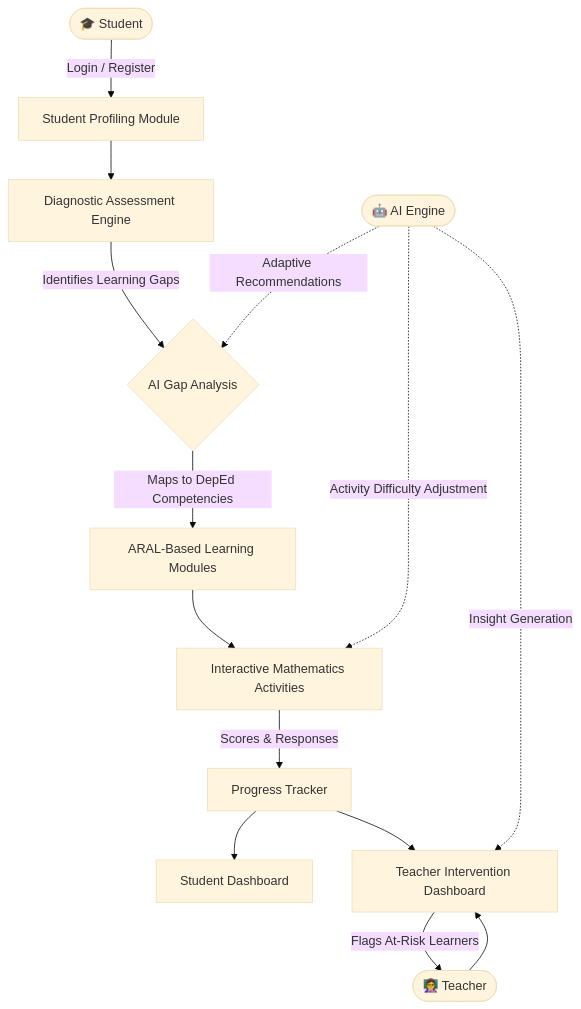
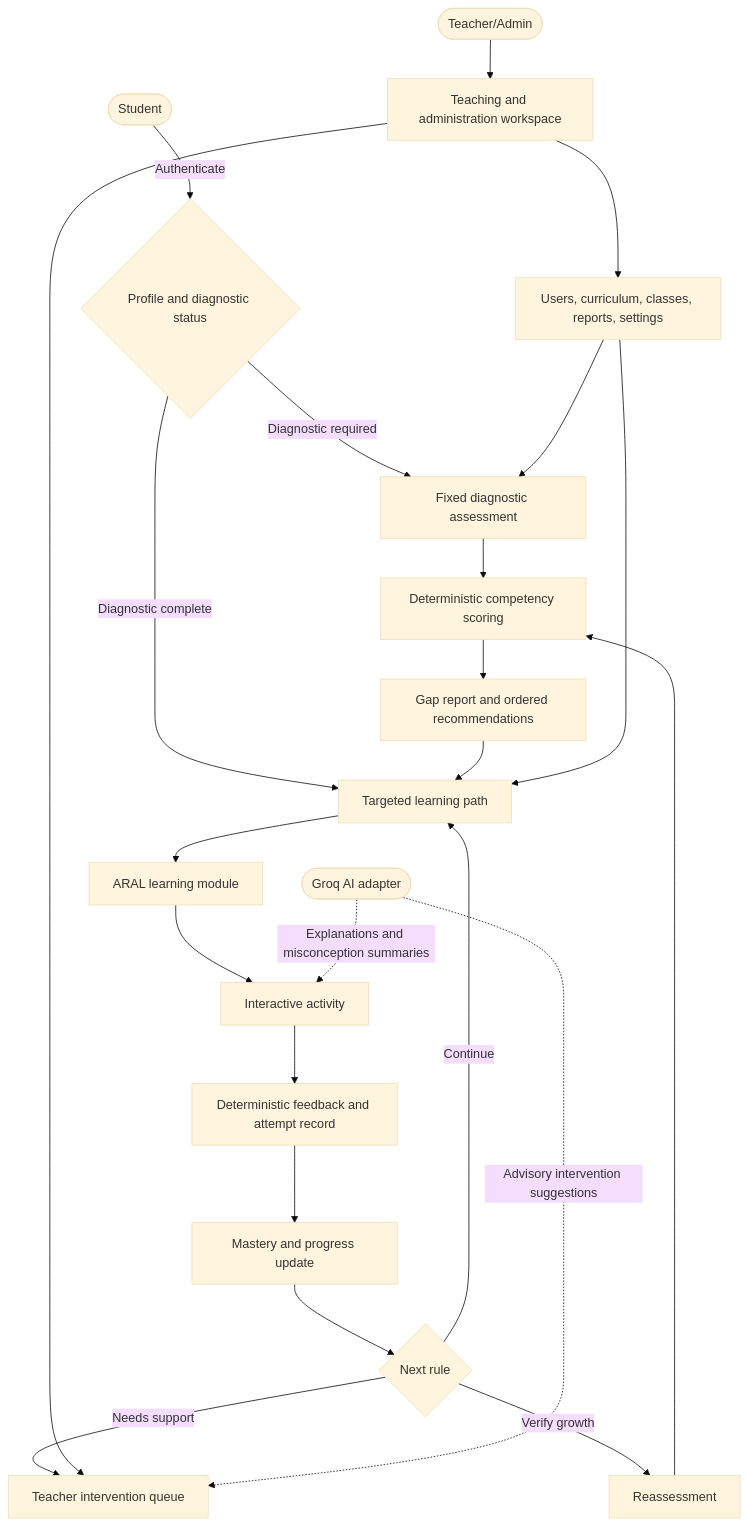
Before and after one commit to MathSmart-Systems/MathSmart-AI-Powered-Interactice-Learning-System: the seventh of 11 diagrams in docs/SOURCE_OF_TRUTH.md, drawn with Mermaid (base theme). The commit also changed other lines of this file and 108 other files, not shown here.

````diff
--- a/docs/SOURCE_OF_TRUTH.md
+++ b/docs/SOURCE_OF_TRUTH.md
@@ -381,16 +456,25 @@
 ```mermaid
 flowchart TD
-    A([🎓 Student]) -->|Login / Register| B[Student Profiling Module]
-    B --> C[Diagnostic Assessment Engine]
-    C -->|Identifies Learning Gaps| D{AI Gap Analysis}
-    D -->|Maps to DepEd Competencies| E[ARAL-Based Learning Modules]
-    E --> F[Interactive Mathematics Activities]
-    F -->|Scores & Responses| G[Progress Tracker]
-    G --> H[Student Dashboard]
-    G --> I[Teacher Intervention Dashboard]
-    J([👩‍🏫 Teacher]) --> I
-    I -->|Flags At-Risk Learners| J
-    K([🤖 AI Engine]) -.->|Adaptive Recommendations| D
-    K -.->|Activity Difficulty Adjustment| F
-    K -.->|Insight Generation| I
+    A([Student]) -->|Authenticate| B{Profile and diagnostic status}
+    B -->|Diagnostic required| C[Fixed diagnostic assessment]
+    B -->|Diagnostic complete| F[Targeted learning path]
+    C --> D[Deterministic competency scoring]
+    D --> E[Gap report and ordered recommendations]
+    E --> F
+    F --> G[ARAL learning module]
+    G --> H[Interactive activity]
+    H --> I[Deterministic feedback and attempt record]
+    I --> J[Mastery and progress update]
+    J --> K{Next rule}
+    K -->|Continue| F
+    K -->|Needs support| L[Teacher intervention queue]
+    K -->|Verify growth| M[Reassessment]
+    M --> D
+    N([Teacher/Admin]) --> O[Teaching and administration workspace]
+    O --> L
+    O --> Q[Users, curriculum, classes, reports, settings]
+    Q --> C
+    Q --> F
+    R([Groq AI adapter]) -.->|Explanations and misconception summaries| H
+    R -.->|Advisory intervention suggestions| L
 ```
````
